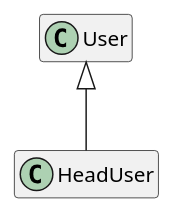
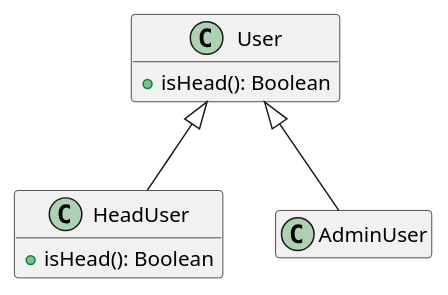
One commit to wicksome/TIL changed the first of 6 diagrams in plantuml/README.adoc. Above: the diagram before and after it, drawn with PlantUML. The commit also changed other lines of this file, not shown here.

```diff
--- a/plantuml/README.adoc
+++ b/plantuml/README.adoc
@@ -37,12 +46,18 @@
 [plantuml]
 ....
 @startuml
 hide empty field
 hide empty method
 
-class User
-class HeadUser
+class User {
+  +isHead(): Boolean
+}
+class HeadUser {
+  +isHead(): Boolean
+}
+class AdminUser
 
 User <|-- HeadUser
+User <|-- AdminUser
 @enduml
 ....
```
